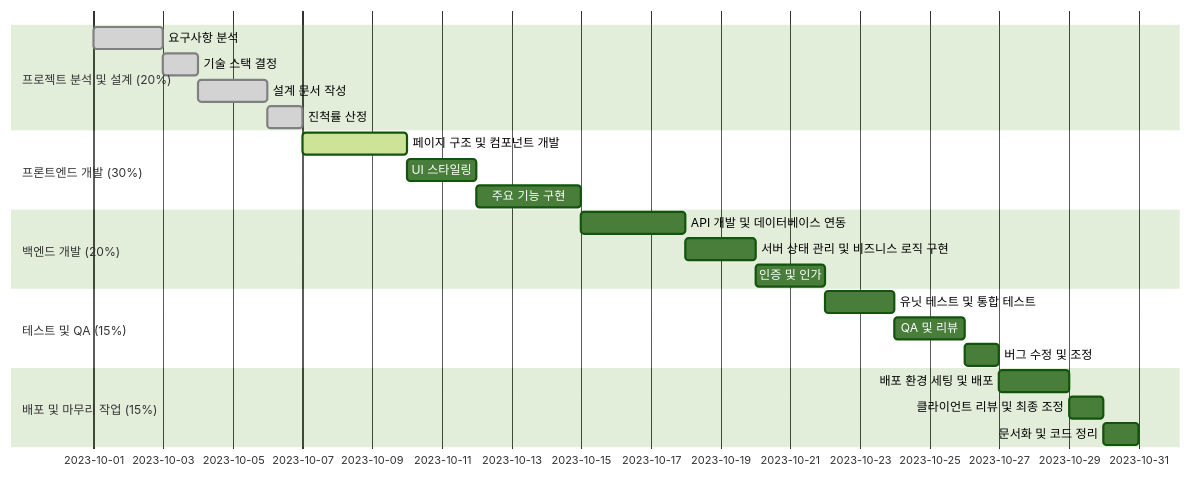
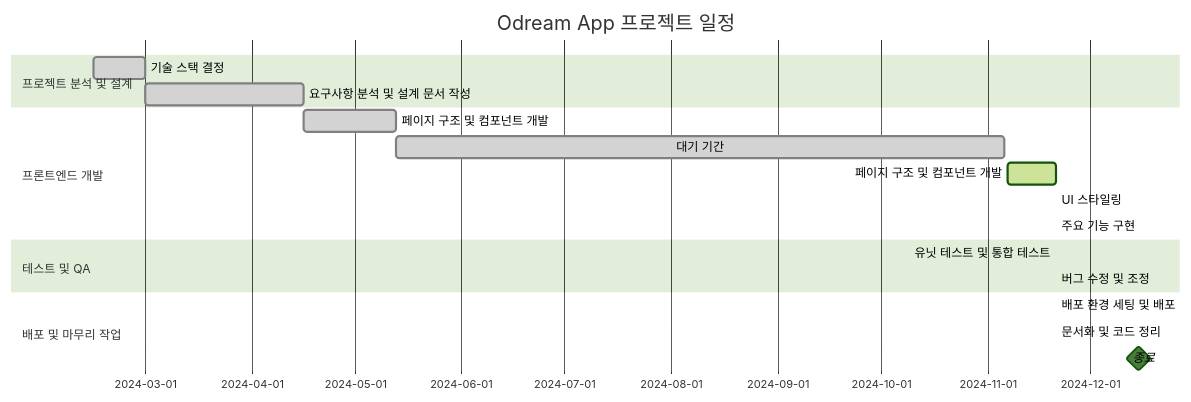
One commit to sunwha/kream changed the diagram in README.md. Above: the diagram before and after it, drawn with Mermaid (forest theme). The commit also changed other lines of this file, not shown here.

Commit message:
readme 업데이트

````diff
--- a/README.md
+++ b/README.md
@@ -8,28 +8,25 @@
 ```mermaid
 gantt
-    section 프로젝트 분석 및 설계 (20%)
-    요구사항 분석 :done, des1, 2023-10-01, 2d
-    기술 스택 결정 :done, des2, after des1, 1d
-    설계 문서 작성 :done, des3, after des2, 2d
-    진척률 산정 :done, des4, after des3, 1d
+    dateFormat  YYYY-MM-DD
+    title Odream App 프로젝트 일정
 
-    section 프론트엔드 개발 (30%)
-    페이지 구조 및 컴포넌트 개발 :active, des5, after des4, 3d
-    UI 스타일링 : des6, after des5, 2d
-    주요 기능 구현 : des7, after des6, 3d
+    section 프로젝트 분석 및 설계
+    기술 스택 결정: done, des1, 2024-02-15, 15d
+    요구사항 분석 및 설계 문서 작성 :done, des2, after des1, 46d
 
-    section 백엔드 개발 (20%)
-    API 개발 및 데이터베이스 연동 : des8, after des7, 3d
-    서버 상태 관리 및 비즈니스 로직 구현 : des9, after des8, 2d
-    인증 및 인가 : des10, after des9, 2d
+    section 프론트엔드 개발
+    페이지 구조 및 컴포넌트 개발 :done, des3, after des2, 27d
+    대기 기간 : done, des4, after des3, 2024-11-06
+    페이지 구조 및 컴포넌트 개발 :active, des4, 2024-11-07, 14d
+    UI 스타일링 : -
+    주요 기능 구현 :-
 
-    section 테스트 및 QA (15%)
-    유닛 테스트 및 통합 테스트 : des11, after des10, 2d
-    QA 및 리뷰 : des12, after des11, 2d
-    버그 수정 및 조정 : des13, after des12, 1d
+    section 테스트 및 QA
+    유닛 테스트 및 통합 테스트 : -
+    버그 수정 및 조정 : -
 
-    section 배포 및 마무리 작업 (15%)
-    배포 환경 세팅 및 배포 : des14, after des13, 2d
-    클라이언트 리뷰 및 최종 조정 : des15, after des14, 1d
-    문서화 및 코드 정리 : des16, after des15, 1d
+    section 배포 및 마무리 작업
+    배포 환경 세팅 및 배포 : -
+    문서화 및 코드 정리 : -
+    종료 :milestone, 2024-12-15, 0d
 ```
````
